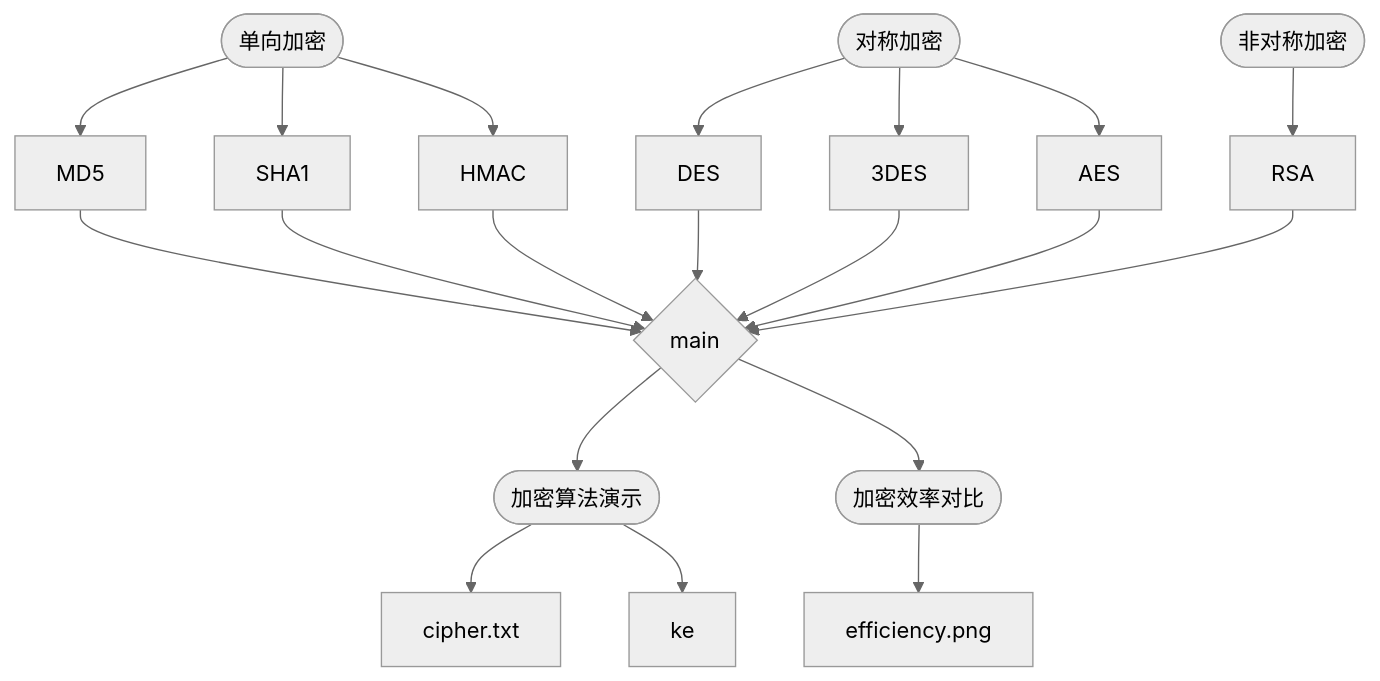
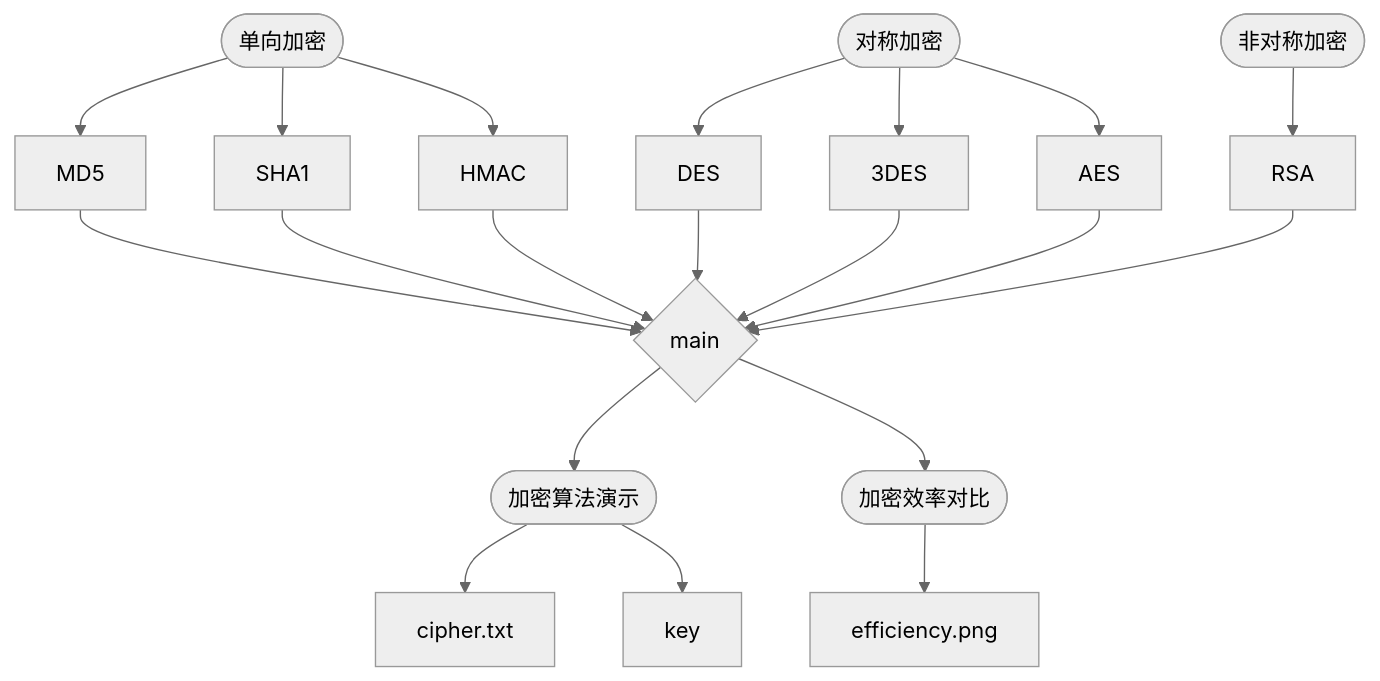
The diagram in README.md (hty0111/Cybersecurity-for-Cyber-Physical-Systems), drawn with Mermaid (neutral theme) before and after one commit.

````diff
--- a/README.md
+++ b/README.md
@@ -54,19 +54,19 @@
 ```mermaid
 graph TD
 main{main}
 show([加密算法演示])
 comp([加密效率对比])
 1([单向加密])
 2([对称加密])
 3([非对称加密])
 1-->MD5-->main
 1-->SHA1-->main
 1-->HMAC-->main
 2-->DES-->main
 2-->3DES-->main
 2-->AES-->main
 3-->RSA-->main
 main-->show-->cipher.txt
-show-->ke
+show-->key
 main-->comp-->efficiency.png
 ```
````
